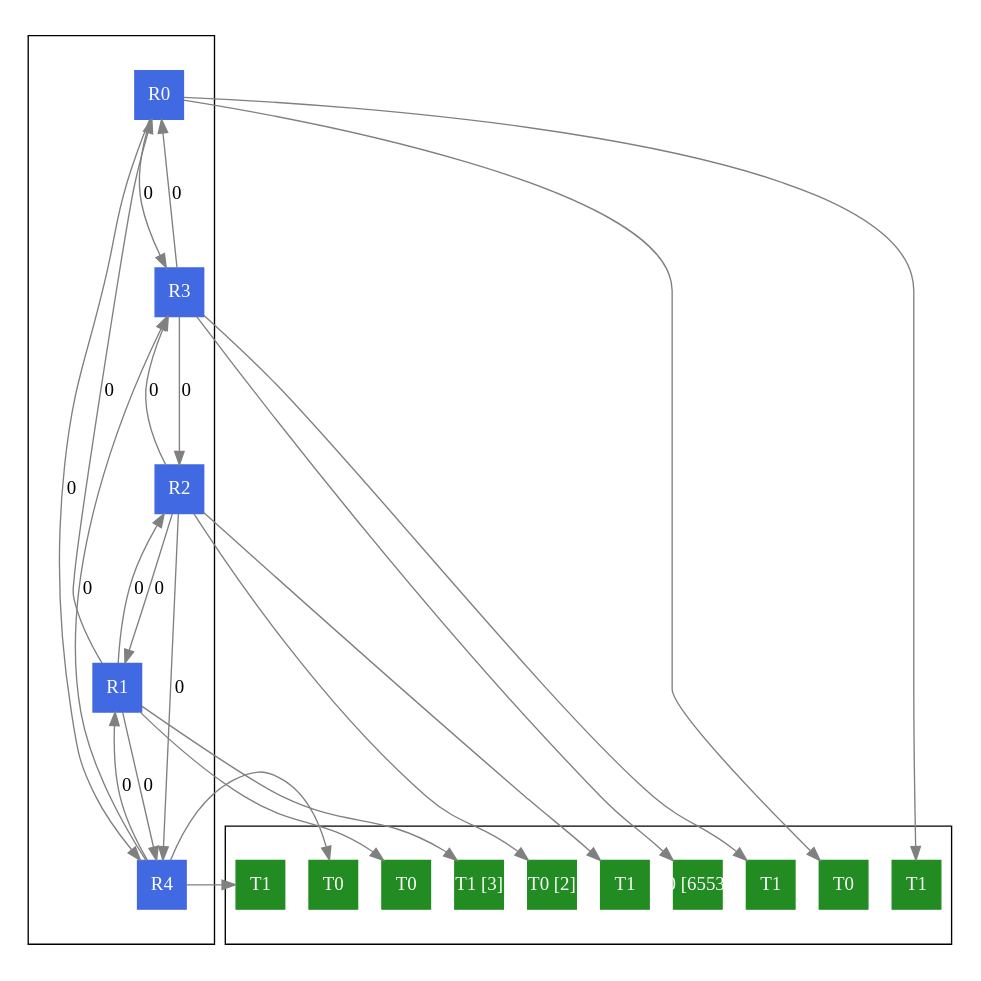
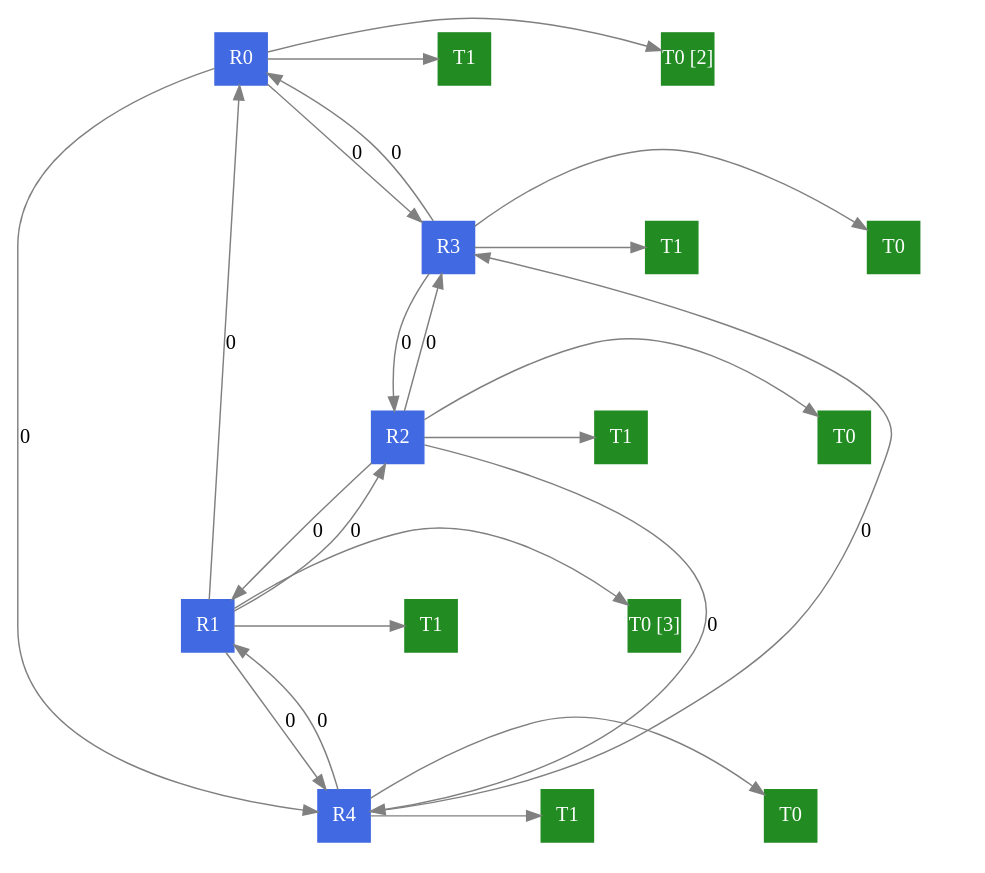
Before and after one commit to Fede108/Algoritmos-y-estructura-de-Datos: the diagram in Trabajo_Final/src/grafo.dot, drawn with Graphviz. The commit also changed 12 other files, not shown here.

```diff
--- a/Trabajo_Final/src/grafo.dot
+++ b/Trabajo_Final/src/grafo.dot
@@ -1,48 +1,48 @@
 digraph G {
     edge [color=gray, penwidth=1];
     size="8,8";
     ratio="fill";
-    subgraph cluster_routers {
-        node [shape=box, style=filled, color=royalblue, fixedsize=true, width=0.5, height=0.5, fontcolor=white];
+ subgraph routers {
+ node [shape=box, style=filled, color=royalblue, fixedsize=true, width=0.5, height=0.5, fontcolor=white];
         0 [label="R0"];
         1 [label="R1"];
         2 [label="R2"];
         3 [label="R3"];
         4 [label="R4"];
-    }
-    subgraph cluster_terminales {
-        node [shape=box, style=filled, color=forestgreen, fixedsize=true, width=0.5, height=0.5, fontcolor=white];
-        00 [label="T0"];
-        01 [label="T1"];
-        10 [label="T0"];
-        11 [label="T1 [3]"];
-        20 [label="T0 [2]"];
-        21 [label="T1"];
-        30 [label="T0 [65539]"];
-        31 [label="T1"];
-        40 [label="T0"];
-        41 [label="T1"];
-    }
+  }
+ subgraph terminales {
+  node [shape=box, style=filled, color=forestgreen, fixedsize=true, width=0.5, height=0.5, fontcolor=white];
+00 [label="T0 [2]"];
+01 [label="T1"];
+10 [label="T0 [3]"];
+11 [label="T1"];
+20 [label="T0"];
+21 [label="T1"];
+30 [label="T0"];
+31 [label="T1"];
+40 [label="T0"];
+41 [label="T1"];
+ }
     0 -> 3 [label="0"];
     0 -> 4 [label="0"];
     1 -> 0 [label="0"];
     1 -> 2 [label="0"];
     1 -> 4 [label="0"];
     2 -> 1 [label="0"];
     2 -> 3 [label="0"];
     2 -> 4 [label="0"];
     3 -> 0 [label="0"];
     3 -> 2 [label="0"];
     4 -> 1 [label="0"];
     4 -> 3 [label="0"];
     0 -> 00 [minlen=0.2];
     0 -> 01 [minlen=0.2];
     1 -> 10 [minlen=0.2];
     1 -> 11 [minlen=0.2];
     2 -> 20 [minlen=0.2];
     2 -> 21 [minlen=0.2];
     3 -> 30 [minlen=0.2];
     3 -> 31 [minlen=0.2];
     4 -> 40 [minlen=0.2];
     4 -> 41 [minlen=0.2];
 }
```
